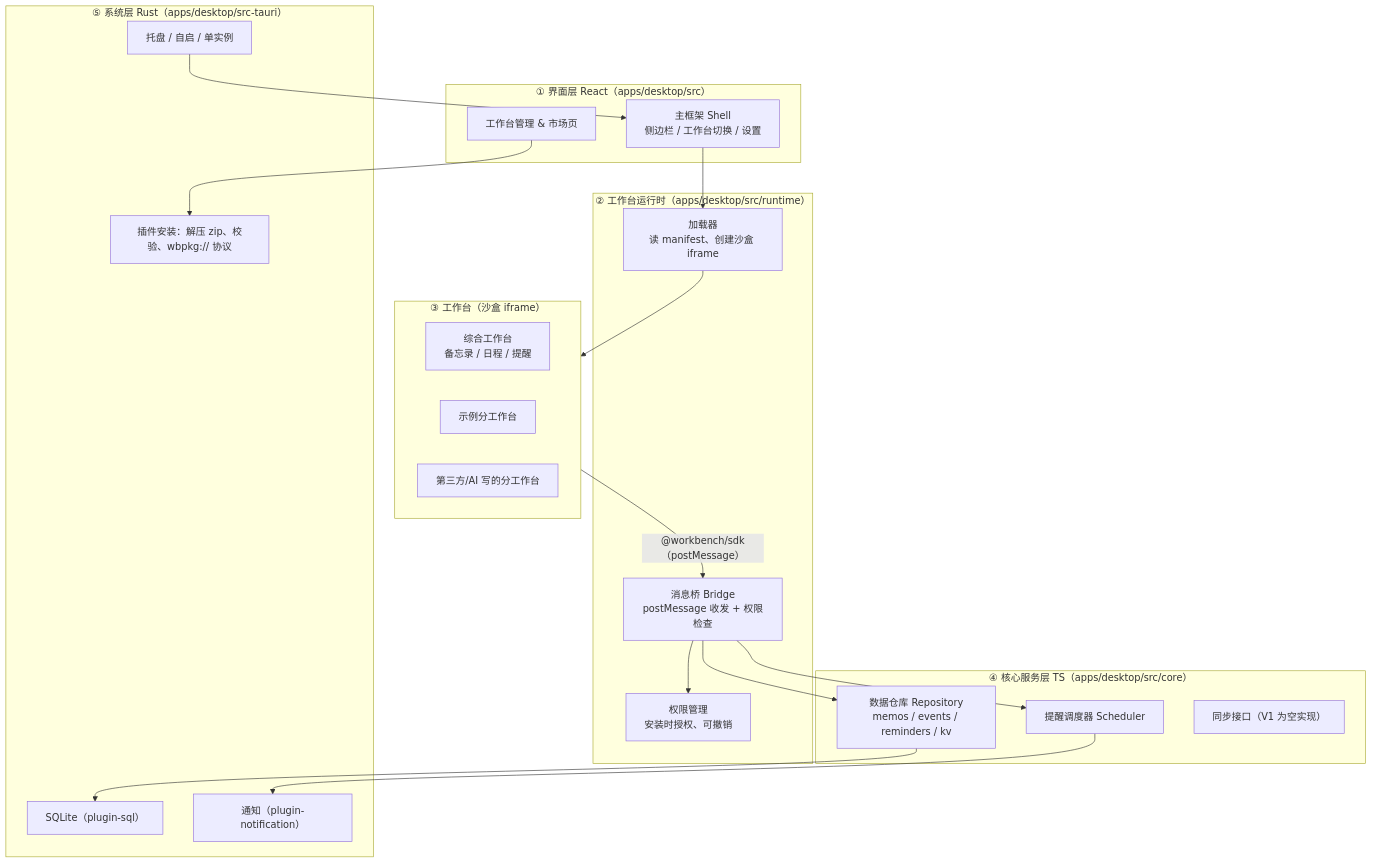
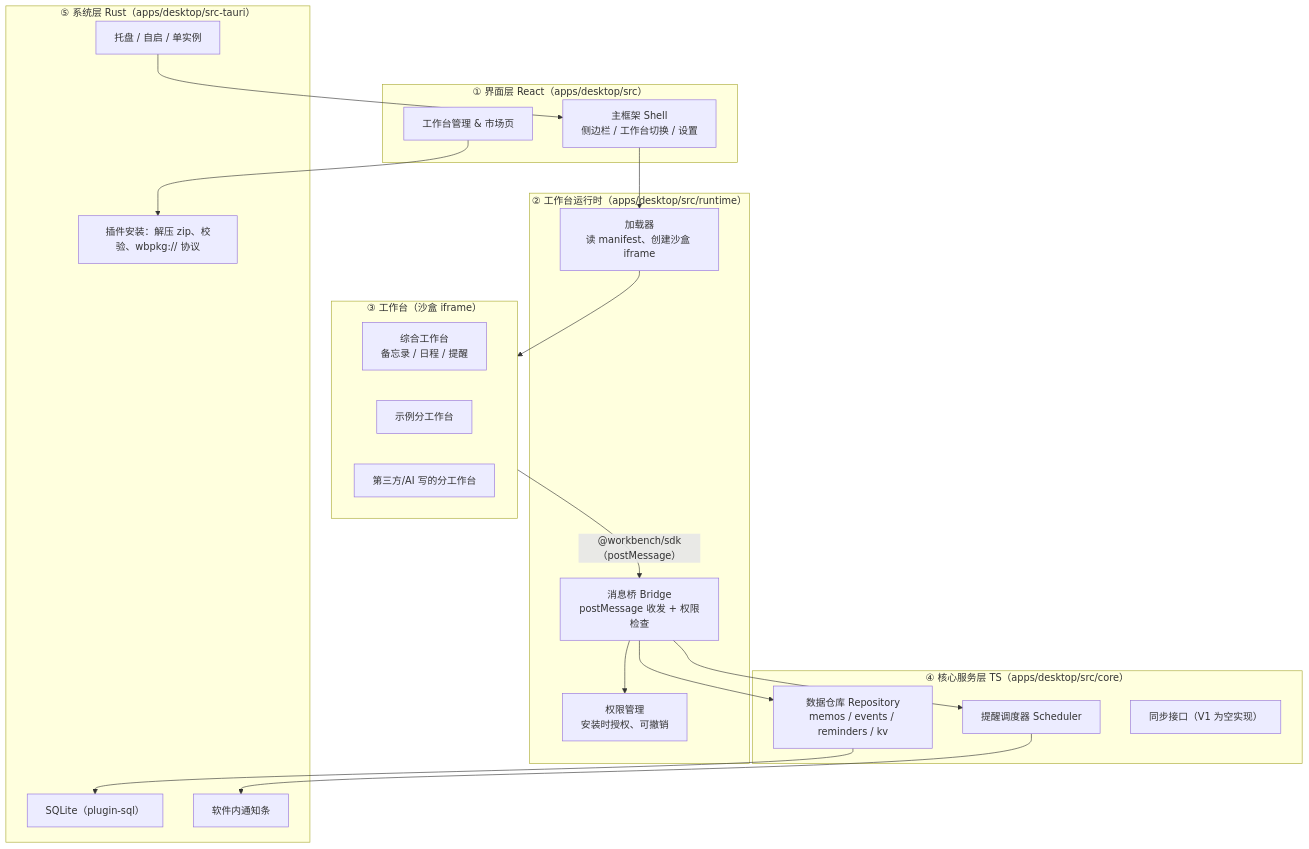
The first of 2 diagrams in ARCHITECTURE.md (roycelee597/WorkBench), drawn with Mermaid before and after one commit. The commit also changed other lines of this file and 51 other files, not shown here.

````diff
--- a/ARCHITECTURE.md
+++ b/ARCHITECTURE.md
@@ -70,43 +70,43 @@
 ```mermaid
 flowchart TB
     subgraph UI["① 界面层 React（apps/desktop/src）"]
         Shell["主框架 Shell<br/>侧边栏 / 工作台切换 / 设置"]
         Market["工作台管理 & 市场页"]
     end
 
     subgraph Runtime["② 工作台运行时（apps/desktop/src/runtime）"]
         Loader["加载器<br/>读 manifest、创建沙盒 iframe"]
         Bridge["消息桥 Bridge<br/>postMessage 收发 + 权限检查"]
         Perm["权限管理<br/>安装时授权、可撤销"]
     end
 
     subgraph WBs["③ 工作台（沙盒 iframe）"]
         General["综合工作台<br/>备忘录 / 日程 / 提醒"]
         Sample["示例分工作台"]
         Third["第三方/AI 写的分工作台"]
     end
 
     subgraph Core["④ 核心服务层 TS（apps/desktop/src/core）"]
         Repo["数据仓库 Repository<br/>memos / events / reminders / kv"]
         Sched["提醒调度器 Scheduler"]
         SyncStub["同步接口（V1 为空实现）"]
     end
 
     subgraph Native["⑤ 系统层 Rust（apps/desktop/src-tauri）"]
         SQL["SQLite（plugin-sql）"]
-        Notify["通知（plugin-notification）"]
+        Notify["软件内通知条"]
         Tray["托盘 / 自启 / 单实例"]
         Install["插件安装：解压 zip、校验、wbpkg:// 协议"]
     end
 
     WBs -- "@workbench/sdk（postMessage）" --> Bridge
     Bridge --> Perm
     Bridge --> Repo
     Bridge --> Sched
     Shell --> Loader
     Market --> Install
     Loader --> WBs
     Repo --> SQL
     Sched --> Notify
     Tray --> Shell
 ```
````
